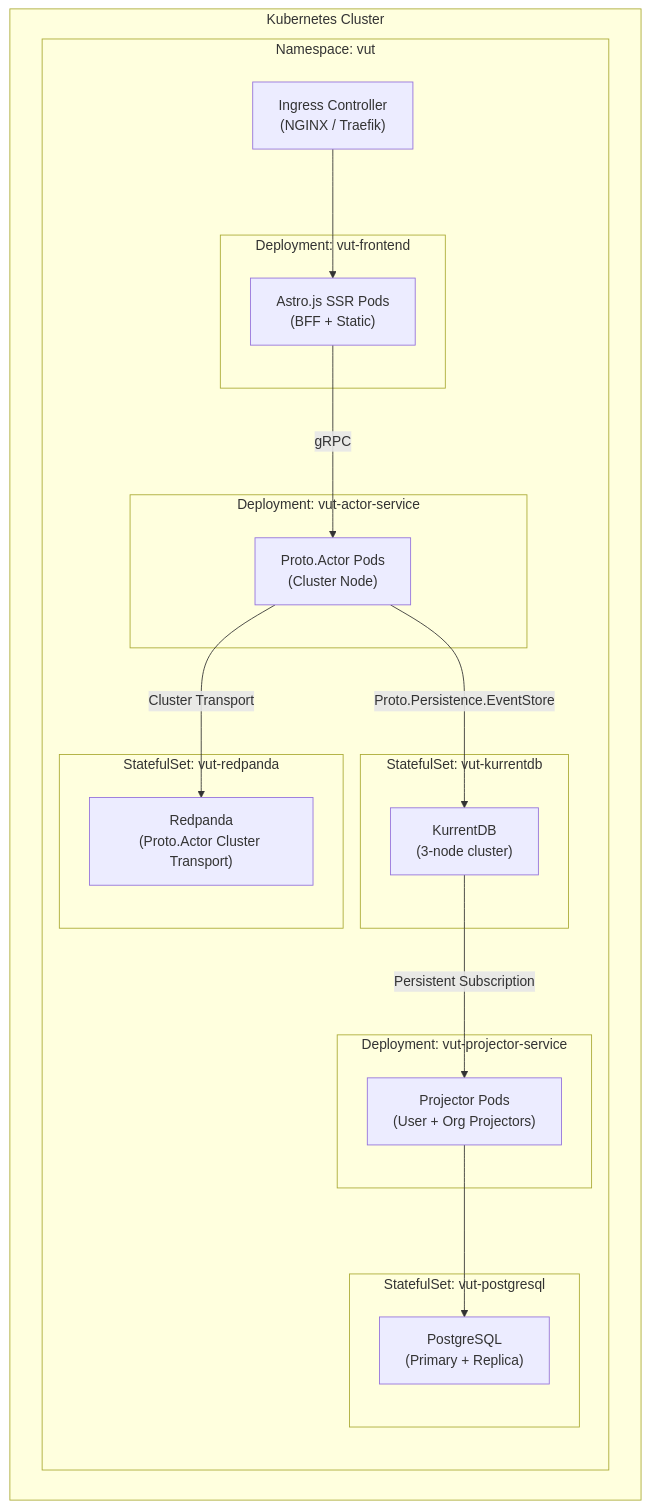
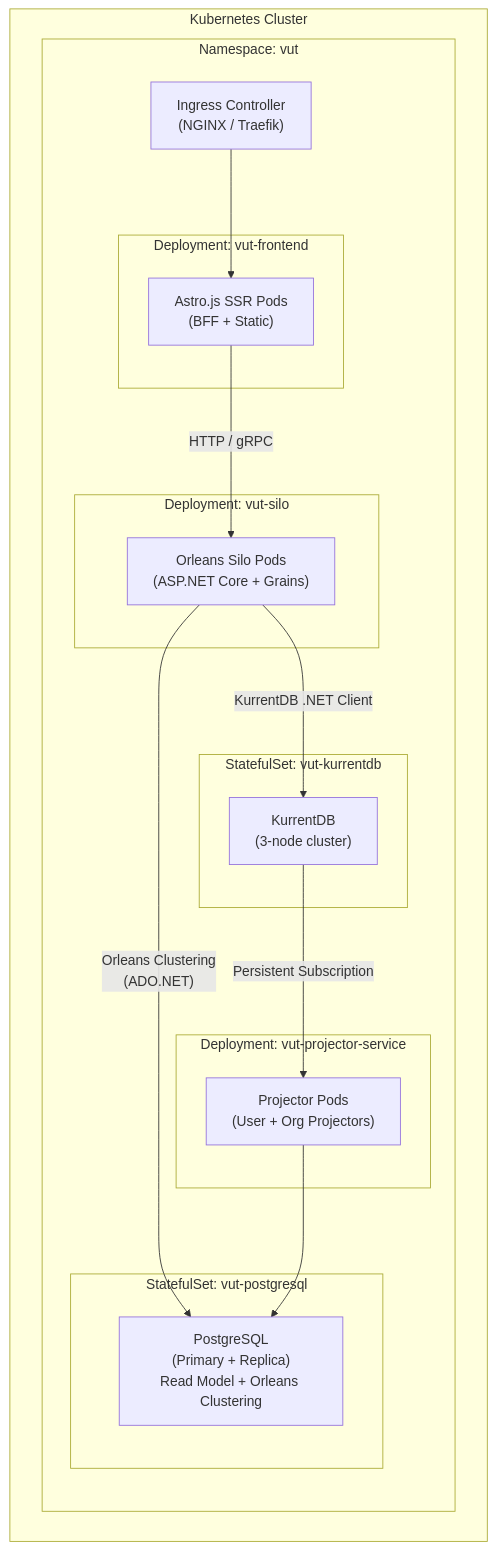
One commit to lekhasy/Vut changed the second of 19 diagrams in epics/01-epic-first-signin-org/architecture/architecture.md. Above: the diagram before and after it, drawn with Mermaid. The commit also changed other lines of this file and 32 other files, not shown here.

````diff
--- a/epics/01-epic-first-signin-org/architecture/architecture.md
+++ b/epics/01-epic-first-signin-org/architecture/architecture.md
@@ -116,39 +120,35 @@
 ```mermaid
 graph TB
     subgraph Kubernetes Cluster
         subgraph "Namespace: vut"
             ING["Ingress Controller<br/>(NGINX / Traefik)"]
 
             subgraph "Deployment: vut-frontend"
                 FE["Astro.js SSR Pods<br/>(BFF + Static)"]
             end
 
-            subgraph "Deployment: vut-actor-service"
-                AS["Proto.Actor Pods<br/>(Cluster Node)"]
+            subgraph "Deployment: vut-silo"
+                SL["Orleans Silo Pods<br/>(ASP.NET Core + Grains)"]
             end
 
             subgraph "Deployment: vut-projector-service"
                 PS["Projector Pods<br/>(User + Org Projectors)"]
             end
 
             subgraph "StatefulSet: vut-kurrentdb"
                 KDB["KurrentDB<br/>(3-node cluster)"]
             end
 
-            subgraph "StatefulSet: vut-redpanda"
-                RP["Redpanda<br/>(Proto.Actor Cluster Transport)"]
-            end
-
             subgraph "StatefulSet: vut-postgresql"
-                PG["PostgreSQL<br/>(Primary + Replica)"]
+                PG["PostgreSQL<br/>(Primary + Replica)<br/>Read Model + Orleans Clustering"]
             end
         end
     end
 
     ING --> FE
-    FE -->|gRPC| AS
-    AS -->|"Cluster Transport"| RP
-    AS -->|"Proto.Persistence.EventStore"| KDB
+    FE -->|HTTP / gRPC| SL
+    SL -->|"Orleans Clustering<br/>(ADO.NET)"| PG
+    SL -->|"KurrentDB .NET Client"| KDB
     KDB -->|"Persistent Subscription"| PS
     PS --> PG
 ```
````
